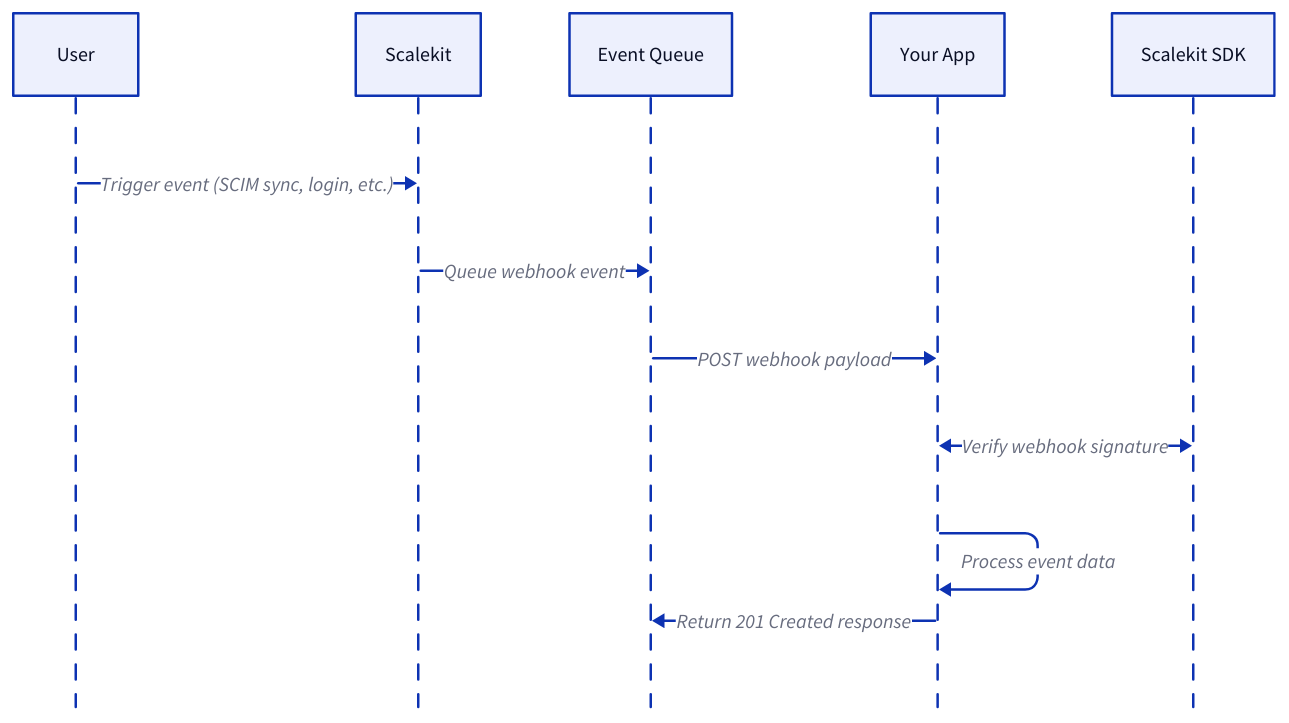
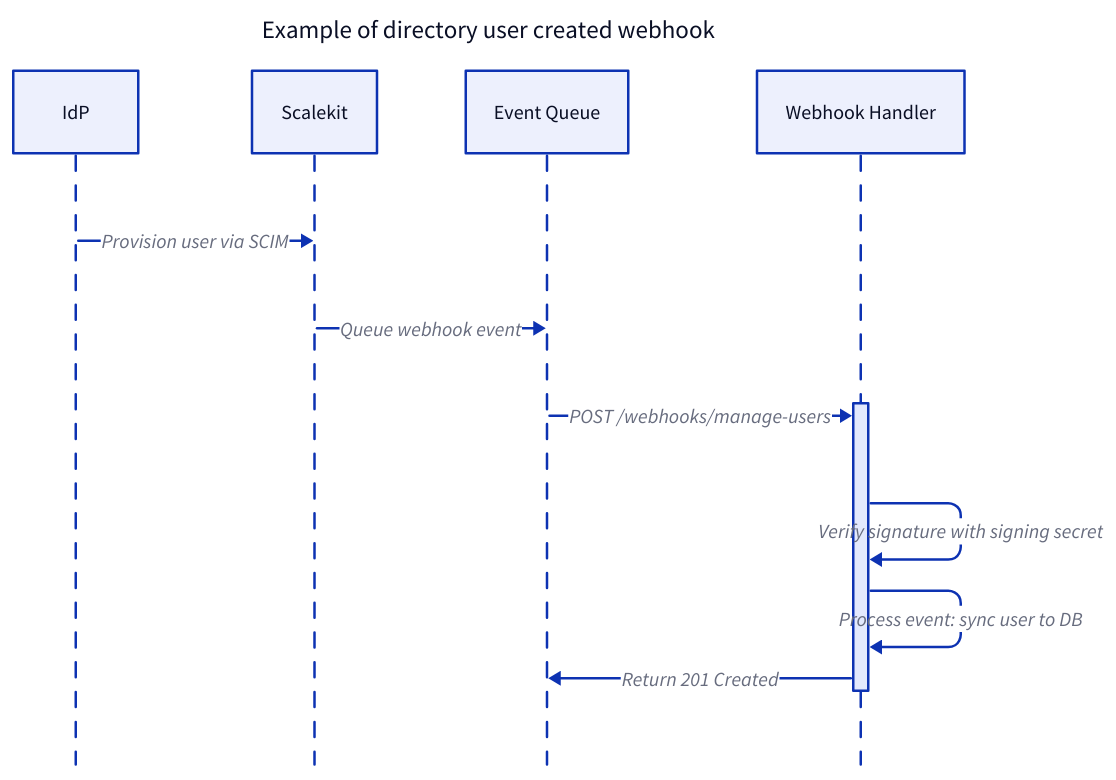
The diagram in src/content/docs/authenticate/implement-workflows/implement-webhooks.mdx (scalekit-inc/developer-docs), drawn with D2 before and after one commit. The commit also changed other lines of this file and 3 other files, not shown here.

First line of the commit message:
chore: update webhook documentation and SVG diagram

````diff
--- a/src/content/docs/authenticate/implement-workflows/implement-webhooks.mdx
+++ b/src/content/docs/authenticate/implement-workflows/implement-webhooks.mdx
@@ -42,11 +39,18 @@
-```d2
+```d2 pad=50
+title: "Example of directory user created webhook" {
+  near: top-center
+  shape: text
+  style.font-size: 20
+}
+
 shape: sequence_diagram
 
-User -> Scalekit: Trigger event (SCIM sync, login, etc.)
+IdP -> Scalekit: Provision user via SCIM
 Scalekit -> Event Queue: Queue webhook event
-Event Queue -> Your App: POST webhook payload
-Your App <> Scalekit SDK: Verify webhook signature
-Your App -> Your App: Process event data
-Your App -> Event Queue: Return 201 Created response
-
+Webhook Handler: {
+Event Queue -> Your App: POST /webhooks/manage-users
+Your App -> Your App: Verify signature with signing secret
+Your App -> Your App: Process event: sync user to DB
+Your App -> Event Queue: Return 201 Created
+}
 ```
````
